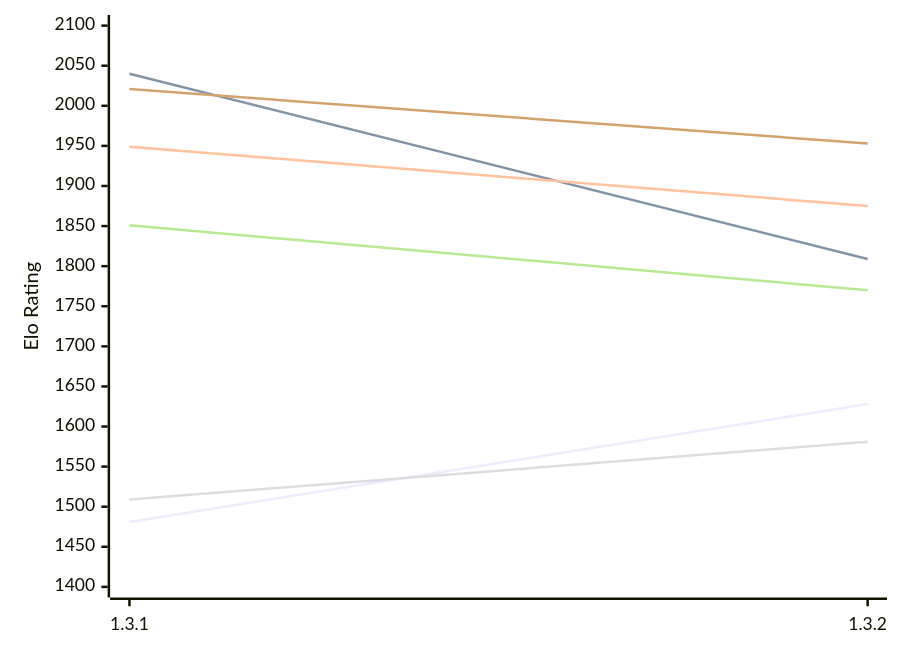
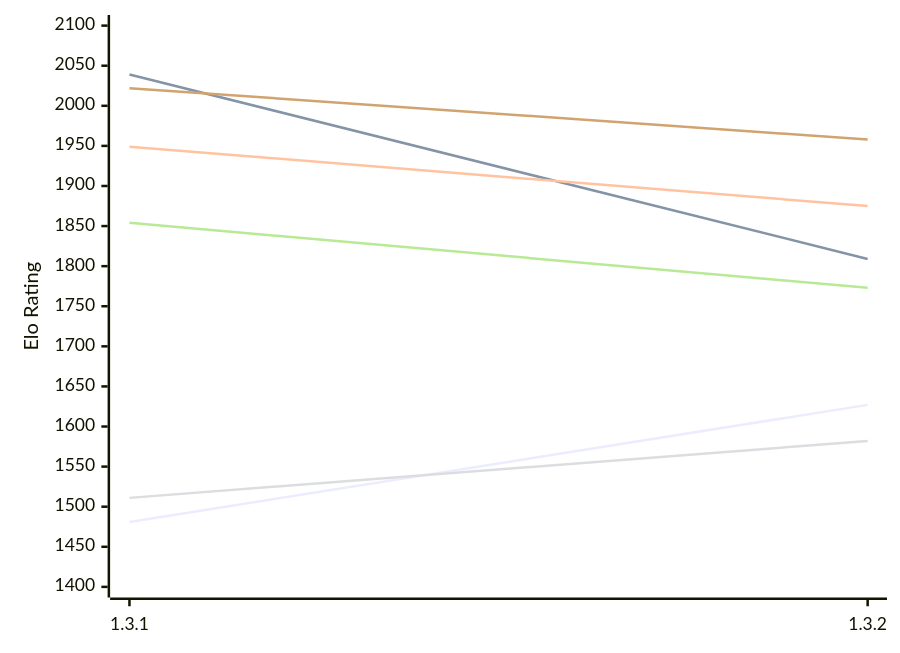
One commit to computer-chess-index/cci changed the first of 2 diagrams in engines/Zugblitz.md. Above: the diagram before and after it, drawn with Mermaid. The commit also changed other lines of this file, not shown here.

Commit message:
Update CCI Ratings (ELO VLTC) - 2026-11-23

````diff
--- a/engines/Zugblitz.md
+++ b/engines/Zugblitz.md
@@ -50,12 +50,12 @@
 ```mermaid
 %%{init: {"theme":"base","themeVariables":{"seriesColors:['#a3a3a3','#222221','#faa371']}}}%%
 xychart-beta
   x-axis ["1.3.1", "1.3.2"]
   y-axis "Elo Rating" 1400 --> 2100
-  line "E1: STC (8.0+0.08s)" [1481, 1628]
-  line "E1: LTC (60.0+0.60s)" [2040, 1809]
+  line "E1: STC (8.0+0.08s)" [1481, 1627]
+  line "E1: LTC (60.0+0.60s)" [2039, 1809]
   line "E1: VLTC (2m24s+1.12s)" [1949, 1875]
-  line "P1: STC (8.0+0.08s)" [1509, 1581]
-  line "P1: LTC (60.0+0.60s)" [1851, 1770]
-  line "P1: VLTC (2m24s+1.12s)" [2021, 1953]
+  line "P1: STC (8.0+0.08s)" [1511, 1582]
+  line "P1: LTC (60.0+0.60s)" [1854, 1773]
+  line "P1: VLTC (2m24s+1.12s)" [2022, 1958]
 ```
````
